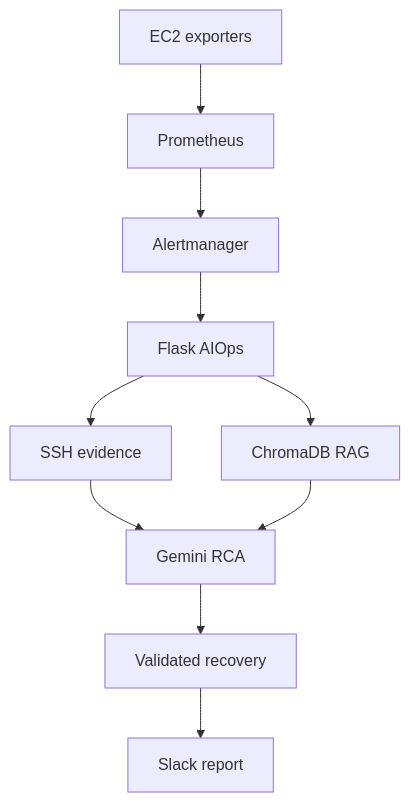
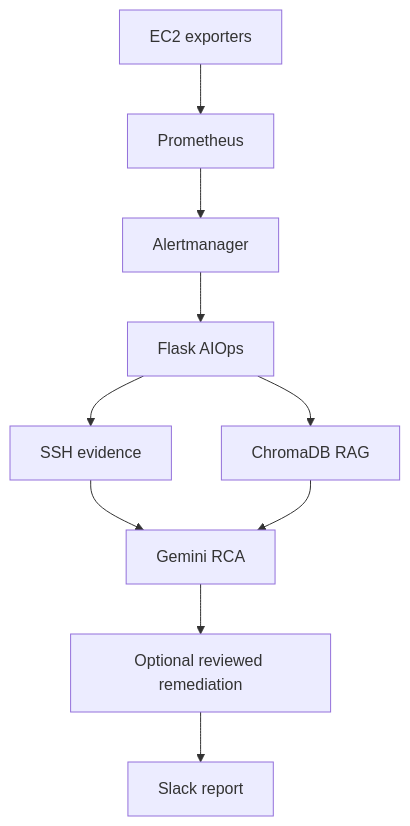
One commit to vikasjagtap9696/AIOPS-Monitoring-and-alerting changed the diagram in README.md. Above: the diagram before and after it, drawn with Mermaid. The commit also changed other lines of this file, not shown here.

````diff
--- a/README.md
+++ b/README.md
@@ -6,12 +81,12 @@
 ```mermaid
 flowchart TD
  A[EC2 exporters] --> B[Prometheus]
  B --> C[Alertmanager]
  C --> D[Flask AIOps]
  D --> E[SSH evidence]
  D --> F[ChromaDB RAG]
  E --> G[Gemini RCA]
  F --> G
- G --> H[Validated recovery]
+ G --> H[Optional reviewed remediation]
  H --> I[Slack report]
 ```
````
